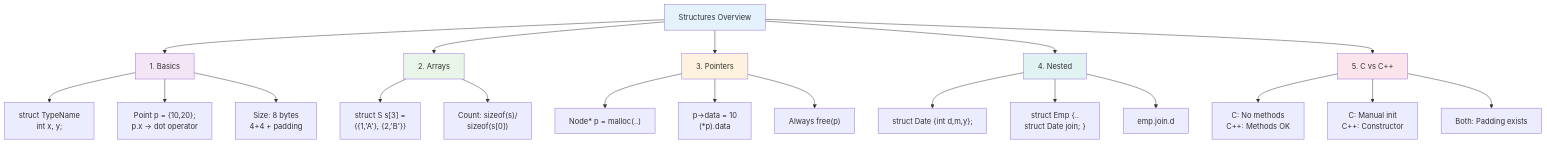
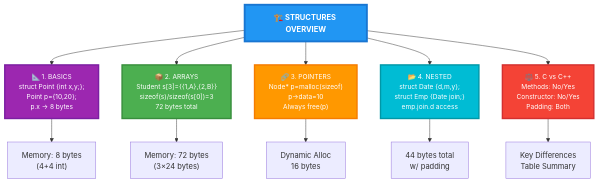
Before and after one commit to NishantDas0079/Fundamentals-of-CPP-language: the first of 2 diagrams in Structures.md, drawn with Mermaid.

Commit message:
Update Structures.md with enhanced flowchart

````diff
--- a/Structures.md
+++ b/Structures.md
@@ -1,35 +1,24 @@
 ```mermaid
-flowchart TD
-    A[Structures Overview] 
-    A --> B[1. Basics]
-    A --> C[2. Arrays]
-    A --> D[3. Pointers]
-    A --> E[4. Nested]
-    A --> F[5. C vs C++]
+flowchart TB
+    A[🏗️ STRUCTURES OVERVIEW]:::main
     
-    B --> B1["struct TypeName<br/>int x, y;"]
-    B --> B2["Point p = {10,20};<br/>p.x → dot operator"]
-    B --> B3["Size: 8 bytes<br/>4+4 + padding"]
+    A --> B1["📐 1. BASICS<br/>struct Point {int x,y;};<br/>Point p={10,20};<br/>p.x → 8 bytes"]:::basics
+    A --> B2["📦 2. ARRAYS<br/>Student s[3]={{1,A},{2,B}}<br/>sizeof(s)/sizeof(s[0])=3<br/>72 bytes total"]:::arrays
+    A --> B3["🔗 3. POINTERS<br/>Node* p=malloc(sizeof)<br/>p→data=10<br/>Always free(p)"]:::pointers
+    A --> B4["📂 4. NESTED<br/>struct Date {d,m,y};<br/>struct Emp {Date join;}<br/>emp.join.d access"]:::nested
+    A --> B5["⚖️ 5. C vs C++<br/>Methods: No/Yes<br/>Constructor: No/Yes<br/>Padding: Both"]:::compare
     
-    C --> C1["struct S s[3] =<br/>{{1,'A'}, {2,'B'}}"]
-    C --> C2["Count: sizeof(s)/<br/>sizeof(s[0])"]
+    B1 --> X1["Memory: 8 bytes<br/>(4+4 int)"]
+    B2 --> X2["Memory: 72 bytes<br/>(3×24 bytes)"]
+    B3 --> X3["Dynamic Alloc<br/>16 bytes"]
+    B4 --> X4["44 bytes total<br/>w/ padding"]
+    B5 --> X5["Key Differences<br/>Table Summary"]
     
-    D --> D1["Node* p = malloc(..)"]
-    D --> D2["p→data = 10<br/>(*p).data"]
-    D --> D3["Always free(p)"]
-    
-    E --> E1["struct Date {int d,m,y};"]
-    E --> E2["struct Emp {..<br/>struct Date join; }"]
-    E --> E3["emp.join.d"]
-    
-    F --> F1["C: No methods<br/>C++: Methods OK"]
-    F --> F2["C: Manual init<br/>C++: Constructor"]
-    F --> F3["Both: Padding exists"]
-    
-    style A fill:#e3f2fd
-    style B fill:#f3e5f5
-    style C fill:#e8f5e8 
-    style D fill:#fff3e0
-    style E fill:#e0f2f1
-    style F fill:#fce4ec
+    classDef main fill:#2196f3,stroke:#1976d2,stroke-width:4px,color:#fff,font-weight:bold,font-size:16px
+    classDef basics fill:#9c27b0,stroke:#7b1fa2,stroke-width:3px,color:#fff,font-size:14px
+    classDef arrays fill:#4caf50,stroke:#388e3c,stroke-width:3px,color:#fff,font-size:14px
+    classDef pointers fill:#ff9800,stroke:#f57c00,stroke-width:3px,color:#fff,font-size:14px
+    classDef nested fill:#00bcd4,stroke:#0097a7,stroke-width:3px,color:#fff,font-size:14px
+    classDef compare fill:#f44336,stroke:#d32f2f,stroke-width:3px,color:#fff,font-size:14px
+
 ```
````
